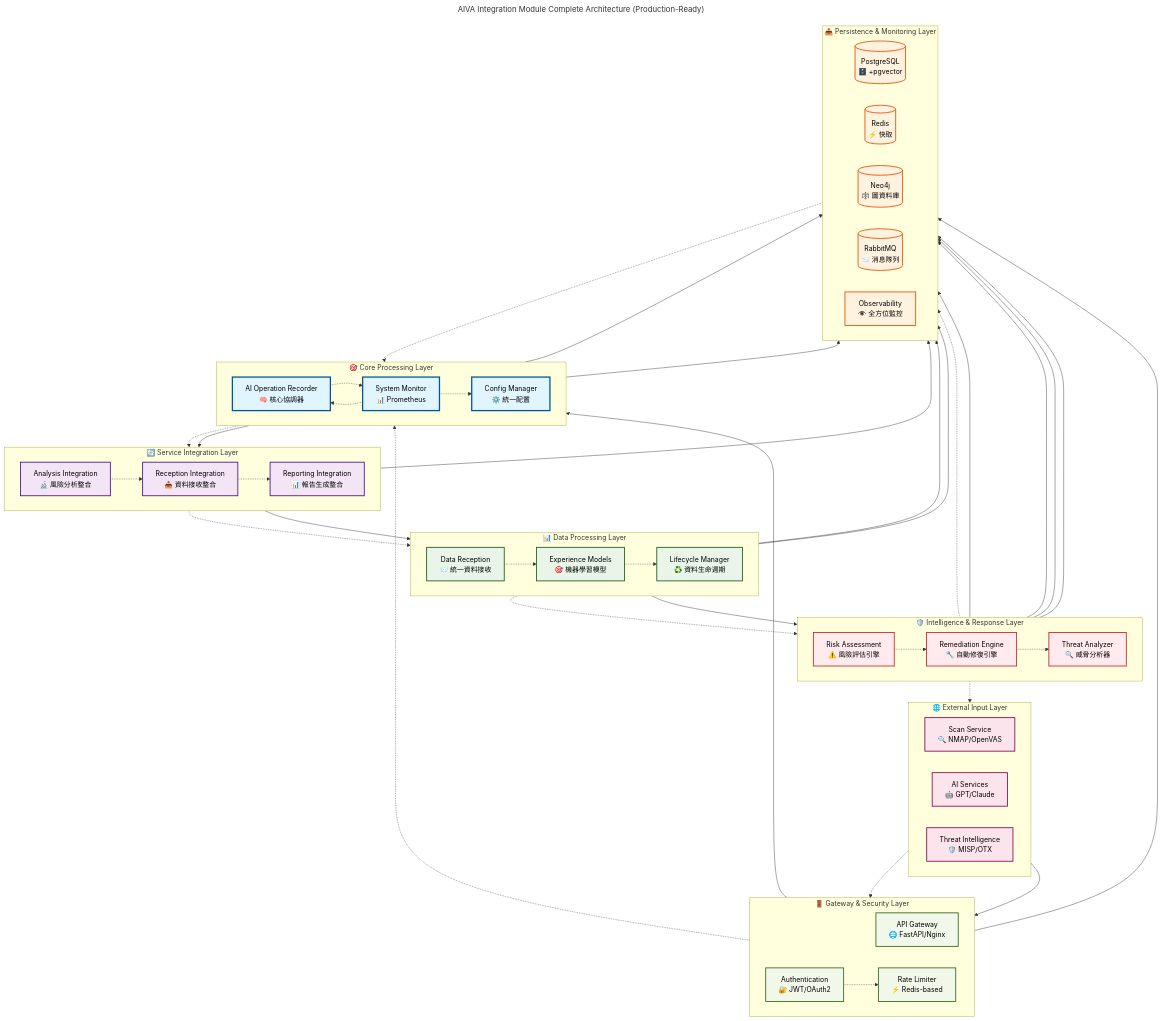
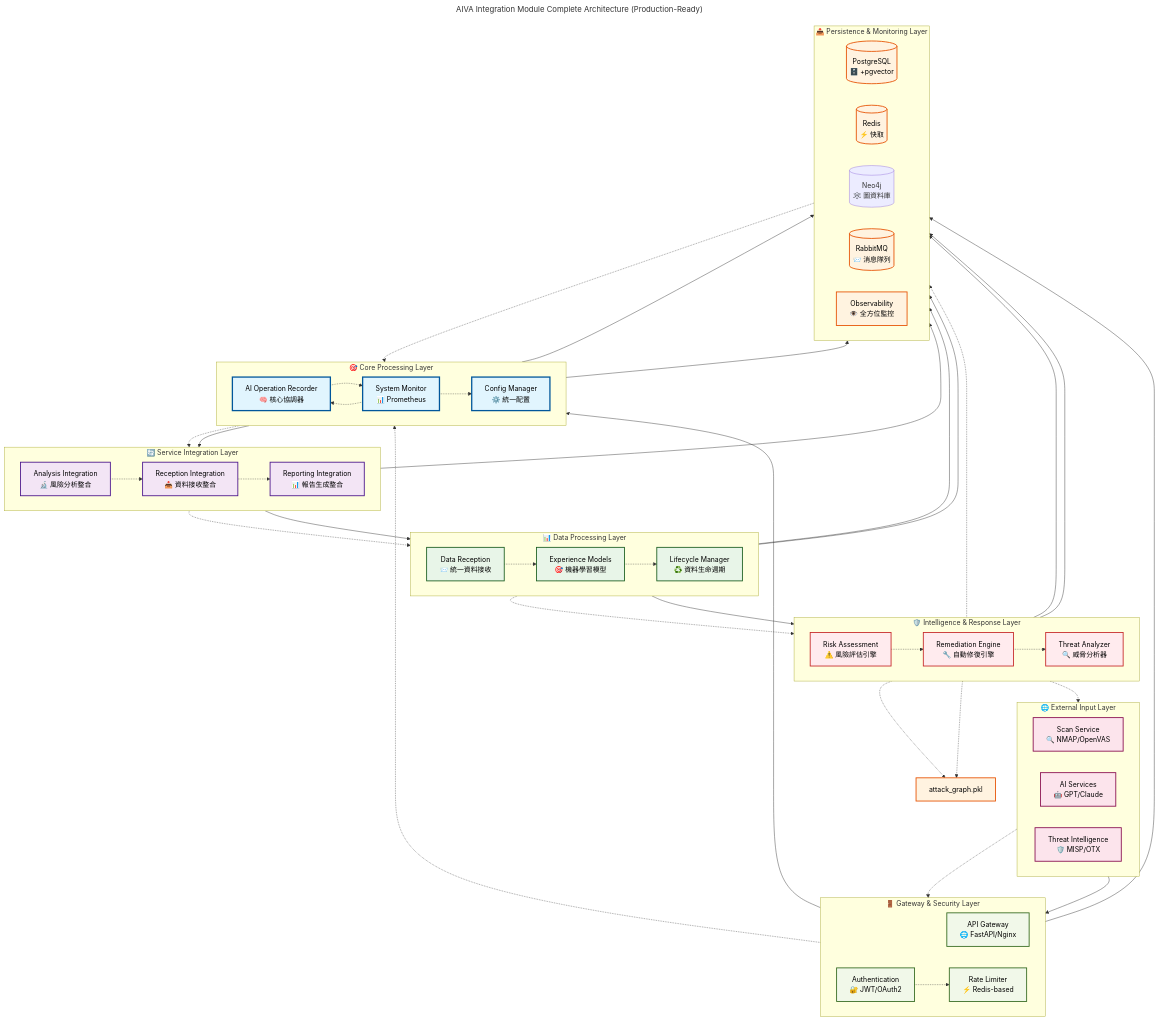
The diagram in services/integration/README.md (kyle0527/AIVA), drawn with Mermaid before and after one commit. The commit also changed other lines of this file and 528 other files, not shown here.

````diff
--- a/services/integration/README.md
+++ b/services/integration/README.md
@@ -521,11 +521,12 @@
     SYS_MONITOR --> REDIS
     RATE_LIMITER --> REDIS
     
-    THREAT_ANALYZER --> NEO4J
-    RISK_ASSESSMENT --> NEO4J
-    
     AI_RECORDER --> RABBITMQ
     REPORTING_INT --> RABBITMQ
+    
+    %% ========== NetworkX 圖資料 (本地檔案) ==========
+    THREAT_ANALYZER -.-> ATTACK_PATHS["attack_graph.pkl"]
+    RISK_ASSESSMENT -.-> ATTACK_PATHS
     
     %% ========== 樣式定義 ==========
     classDef layer1 fill:#fce4ec,stroke:#880e4f,stroke-width:2px,color:#000
@@ -543,5 +544,5 @@
     class ANALYSIS_INT,RECEPTION_INT,REPORTING_INT layer4
     class DATA_RECEPTION,EXPERIENCE_MODELS,LIFECYCLE_MGR layer5
     class RISK_ASSESSMENT,REMEDIATION_ENGINE,THREAT_ANALYZER layer6
-    class POSTGRES,REDIS,NEO4J,RABBITMQ,OBSERVABILITY layer7
+    class POSTGRES,REDIS,RABBITMQ,OBSERVABILITY,ATTACK_PATHS layer7
 ```
````
